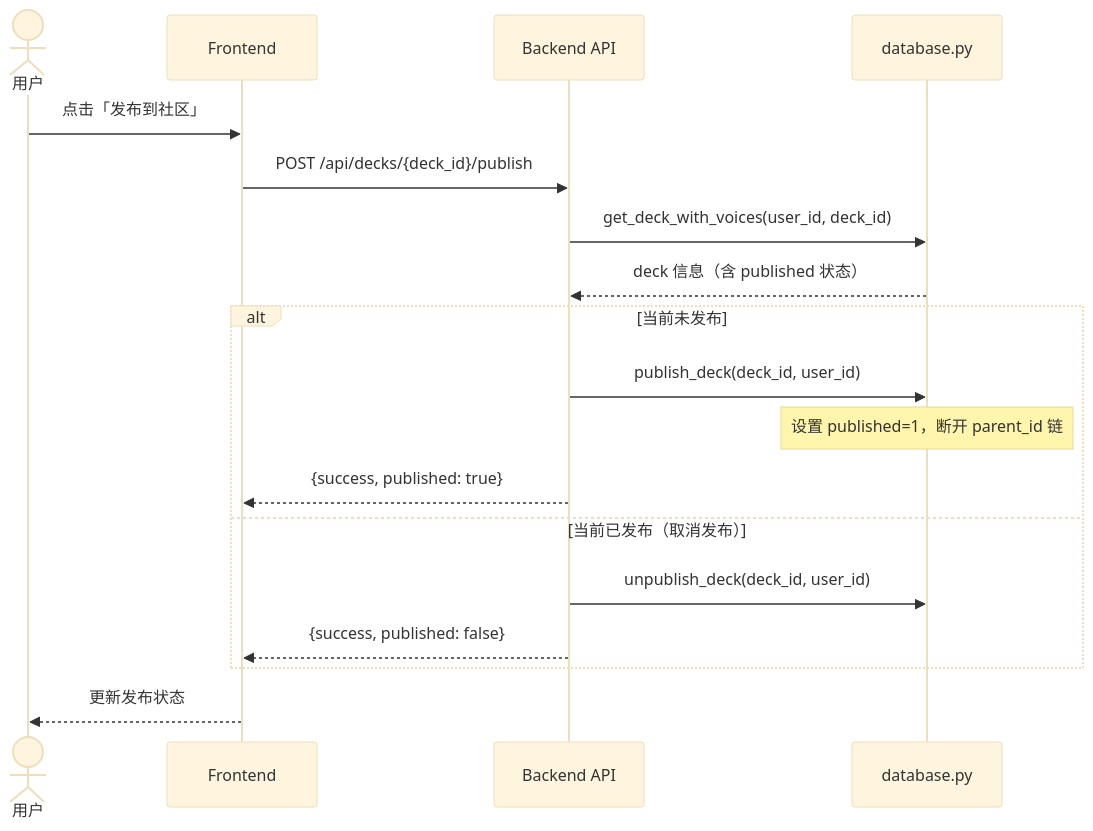
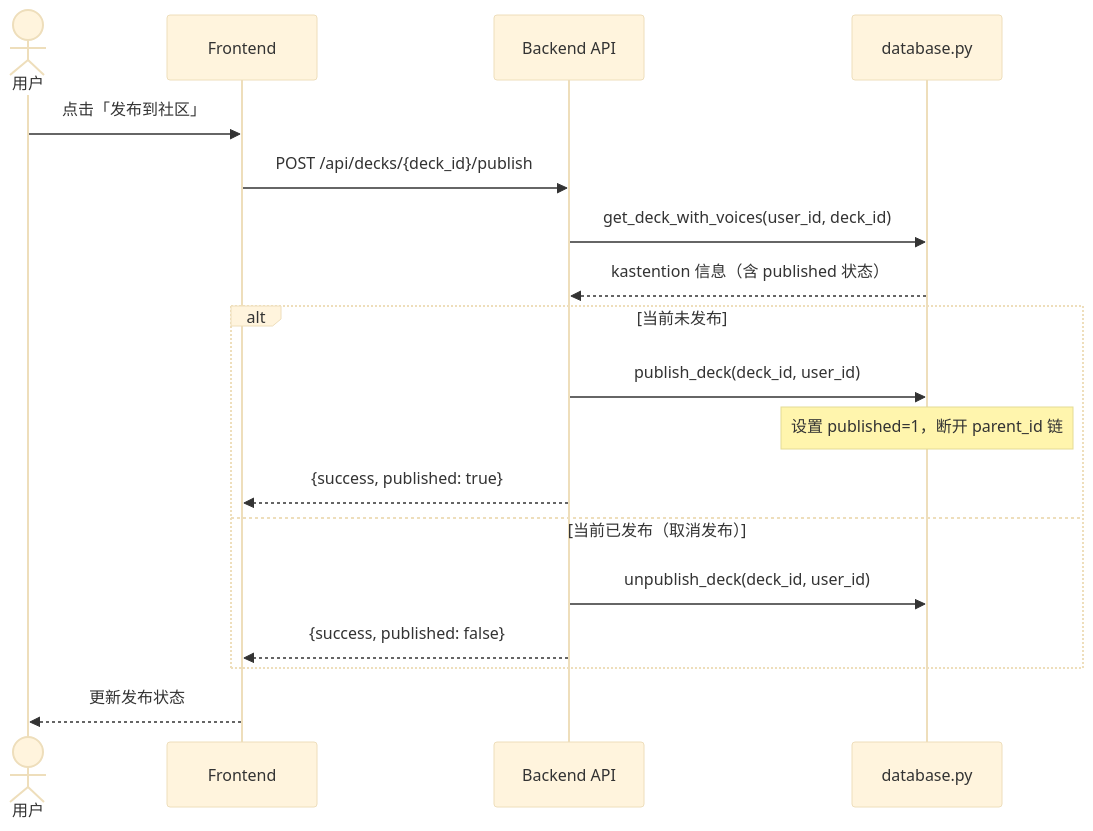
Diagram 13 of 17 in docs/design/sequence-diagrams.md (glide-the/im-dream), drawn with Mermaid (base theme) before and after one commit. The commit also changed other lines of this file and 308 other files, not shown here.

````diff
--- a/docs/design/sequence-diagrams.md
+++ b/docs/design/sequence-diagrams.md
@@ -490,22 +491,22 @@
 ```mermaid
 sequenceDiagram
     actor User as 用户
     participant FE as Frontend
     participant API as Backend API
     participant DB as database.py
 
     User->>FE: 点击「发布到社区」
     FE->>API: POST /api/decks/{deck_id}/publish
     API->>DB: get_deck_with_voices(user_id, deck_id)
-    DB-->>API: deck 信息（含 published 状态）
+    DB-->>API: kastention 信息（含 published 状态）
 
     alt 当前未发布
         API->>DB: publish_deck(deck_id, user_id)
         Note over DB: 设置 published=1，断开 parent_id 链
         API-->>FE: {success, published: true}
     else 当前已发布（取消发布）
         API->>DB: unpublish_deck(deck_id, user_id)
         API-->>FE: {success, published: false}
     end
     FE-->>User: 更新发布状态
 ```
````
